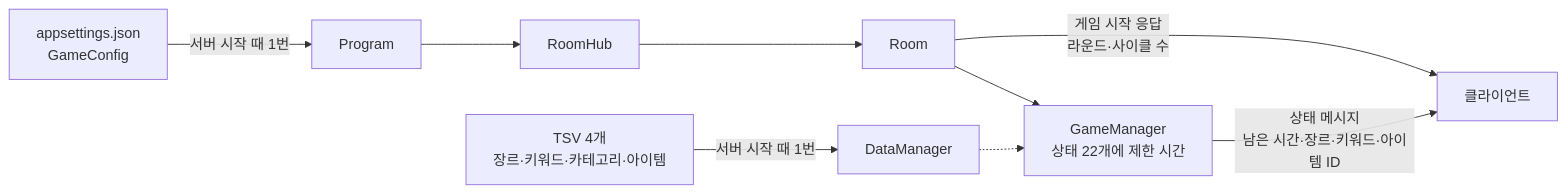
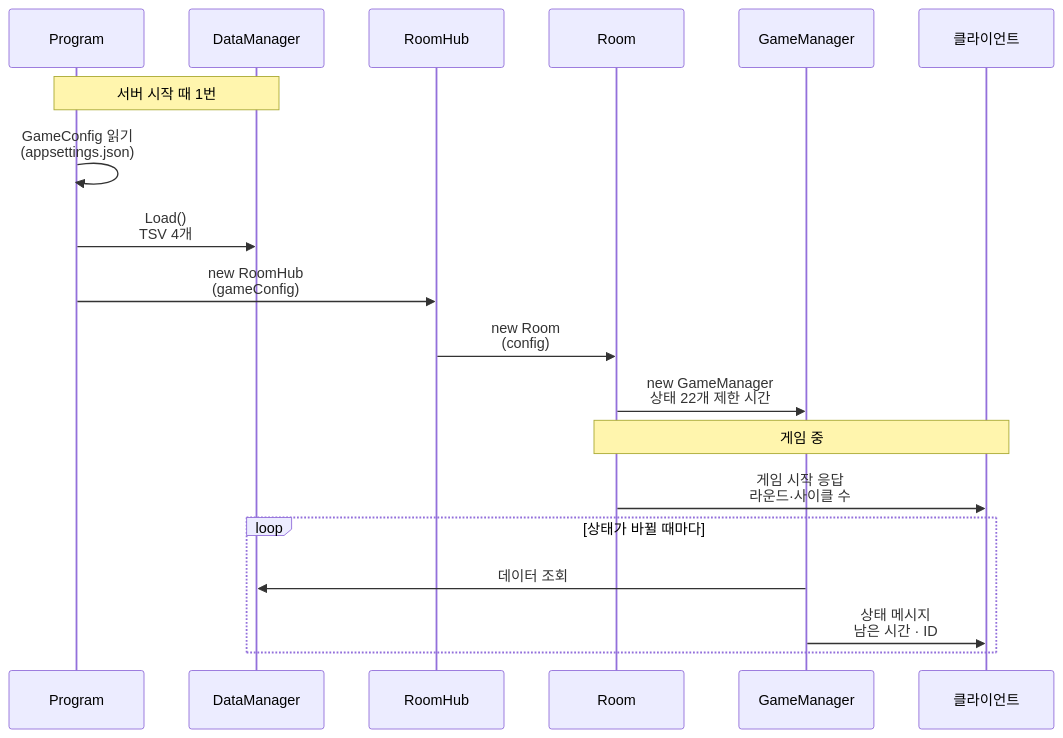
The second of 6 diagrams in src/2-sh-server/기술문서.md (krr6606/krr6606.github.io), drawn with Mermaid before and after one commit. The commit also changed other lines of this file and 5 other files, not shown here.

First line of the commit message:
시장에 가면 강사 리뷰 반영, 다이어그램 ELK 배치 적용

````diff
--- a/src/2-sh-server/기술문서.md
+++ b/src/2-sh-server/기술문서.md
@@ -121,9 +122,21 @@
 ```mermaid
-flowchart LR
-    J["appsettings.json<br/>GameConfig"] -->|"서버 시작 때 1번"| P["Program"]
-    T["TSV 4개<br/>장르·키워드·카테고리·아이템"] -->|"서버 시작 때 1번"| D["DataManager"]
-    P --> H["RoomHub"] --> R["Room"] --> G["GameManager<br/>상태 22개에 제한 시간"]
-    R -->|"게임 시작 응답<br/>라운드·사이클 수"| CL["클라이언트"]
-    G -->|"상태 메시지<br/>남은 시간·장르·키워드·아이템 ID"| CL
-    D -.-> G
+sequenceDiagram
+    participant P as Program
+    participant D as DataManager
+    participant H as RoomHub
+    participant R as Room
+    participant G as GameManager
+    participant C as 클라이언트
+    Note over P,D: 서버 시작 때 1번
+    P->>P: GameConfig 읽기<br/>(appsettings.json)
+    P->>D: Load()<br/>TSV 4개
+    P->>H: new RoomHub<br/>(gameConfig)
+    H->>R: new Room<br/>(config)
+    R->>G: new GameManager<br/>상태 22개 제한 시간
+    Note over R,C: 게임 중
+    R->>C: 게임 시작 응답<br/>라운드·사이클 수
+    loop 상태가 바뀔 때마다
+        G->>D: 데이터 조회
+        G->>C: 상태 메시지<br/>남은 시간 · ID
+    end
 ```
````
